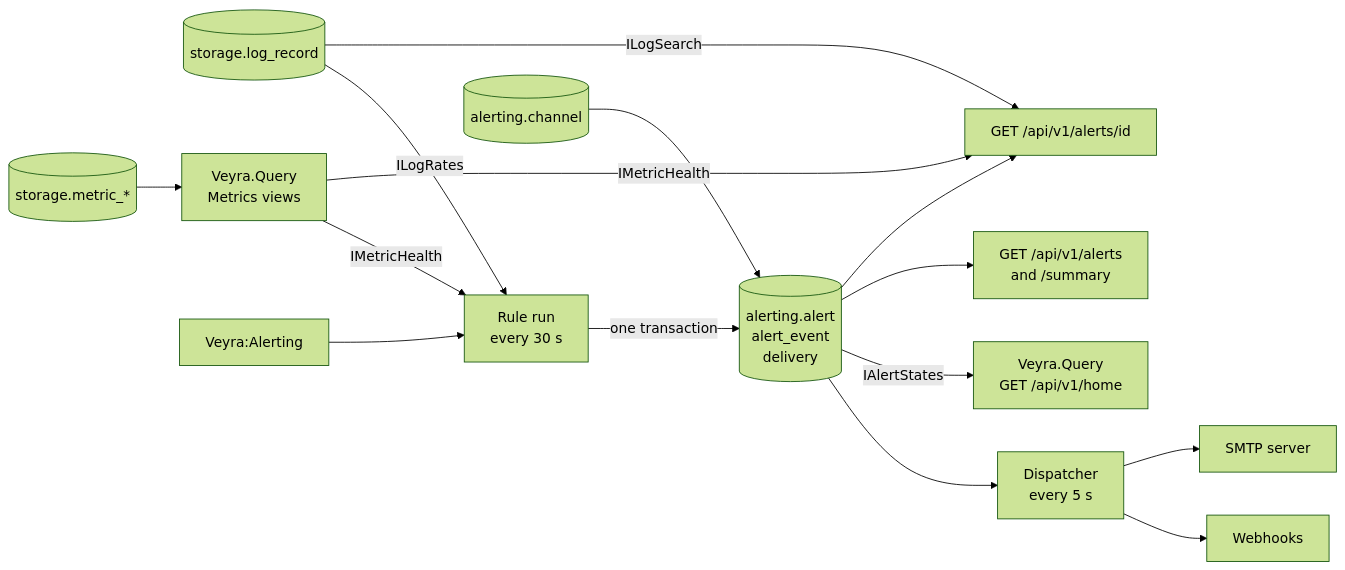
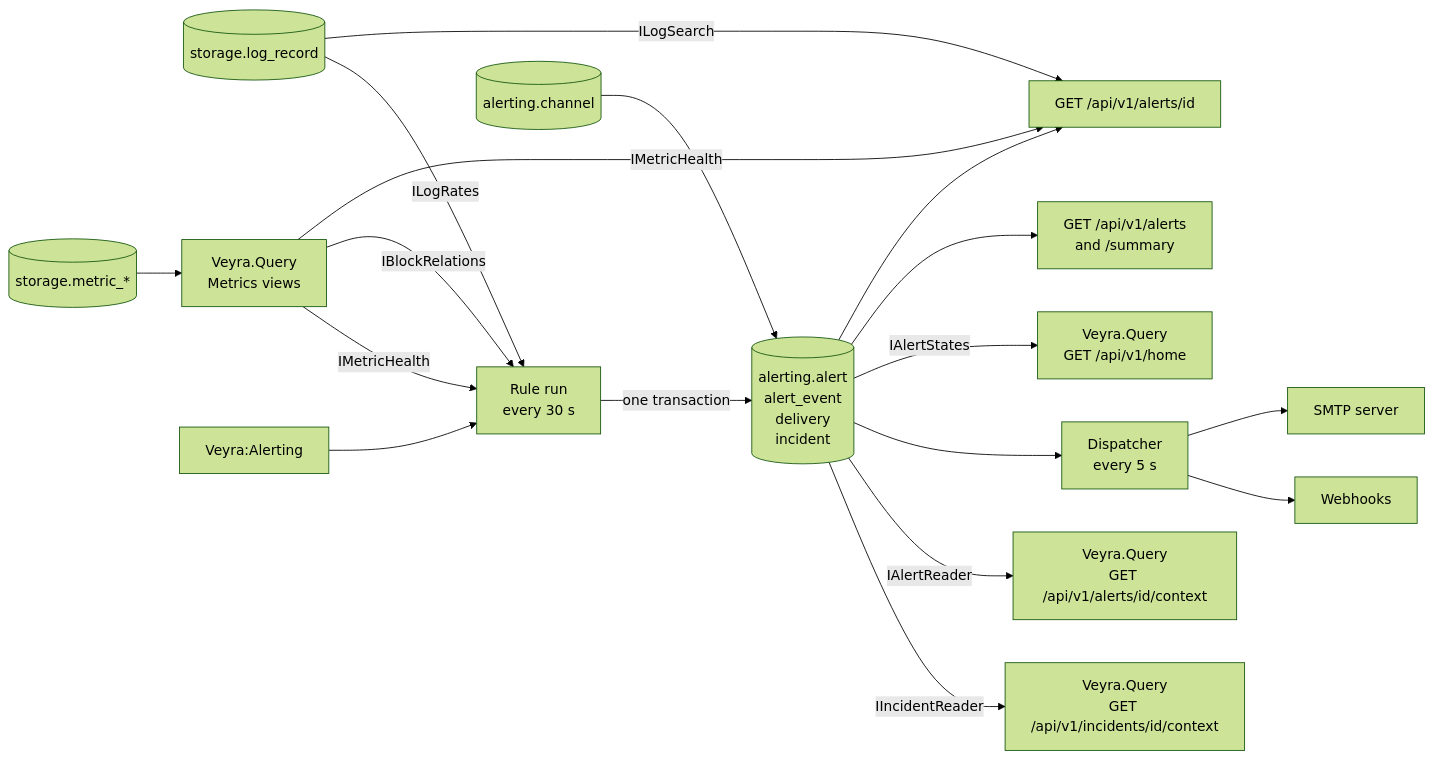
One commit to civauva/Veyra changed the first of 2 diagrams in docs/architecture/alerting.md. Above: the diagram before and after it, drawn with Mermaid (forest theme). The commit also changed other lines of this file and 1090 other files, not shown here.

````diff
--- a/docs/architecture/alerting.md
+++ b/docs/architecture/alerting.md
@@ -10,17 +10,20 @@
 ```mermaid
 flowchart LR
   ST[(storage.log_record)] -- ILogRates --> EV[Rule run<br/>every 30 s]
   MS[(storage.metric_*)] --> Q[Veyra.Query<br/>Metrics views]
   Q -- IMetricHealth --> EV
   CFG[Veyra:Alerting] --> EV
-  EV -- one transaction --> AL[(alerting.alert<br/>alert_event<br/>delivery)]
+  EV -- one transaction --> AL[(alerting.alert<br/>alert_event<br/>delivery<br/>incident)]
+  Q -- IBlockRelations --> EV
+  AL -- IIncidentReader --> CTX[Veyra.Query<br/>GET /api/v1/incidents/id/context]
+  AL -- IAlertReader --> ACTX[Veyra.Query<br/>GET /api/v1/alerts/id/context]
   CH[(alerting.channel)] --> AL
   AL --> DI[Dispatcher<br/>every 5 s]
   DI --> WH[Webhooks]
   DI --> SMTP[SMTP server]
   AL -- IAlertStates --> HOME[Veyra.Query<br/>GET /api/v1/home]
   AL --> LIST[GET /api/v1/alerts<br/>and /summary]
   AL --> DET[GET /api/v1/alerts/id]
   ST -- ILogSearch --> DET
   Q -- IMetricHealth --> DET
 ```
````
